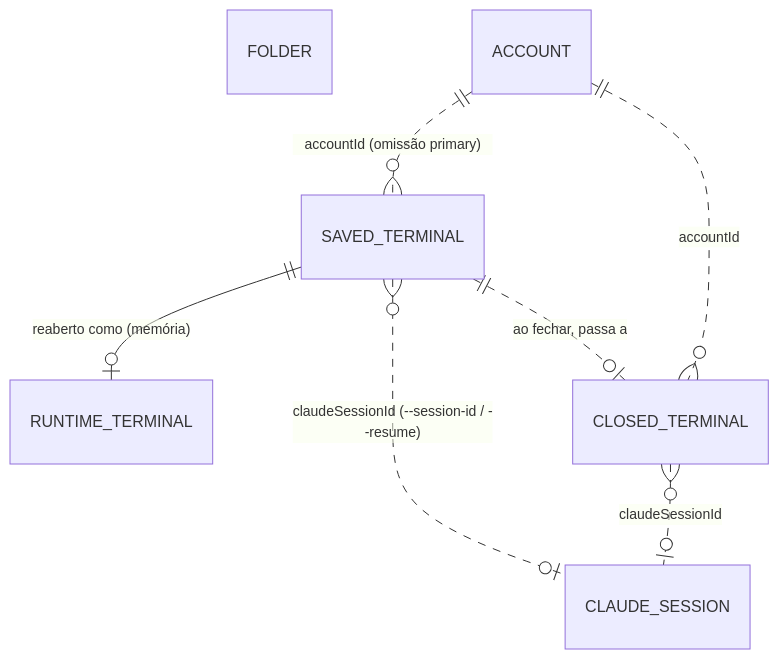
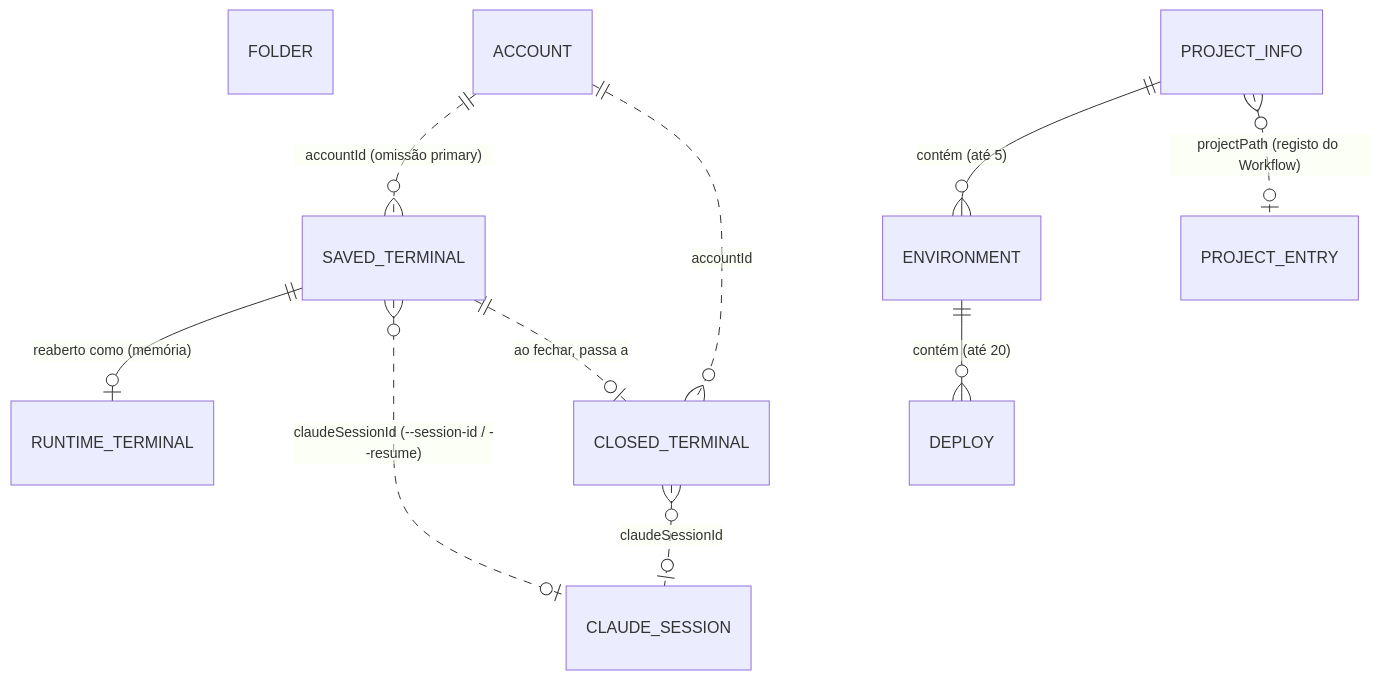
Before and after one commit to bino03/Workflow-App: the diagram in docs/database.md, drawn with Mermaid. The commit also changed other lines of this file and 11 other files, not shown here.

````diff
--- a/docs/database.md
+++ b/docs/database.md
@@ -64,10 +65,13 @@
 ```mermaid
 erDiagram
   SAVED_TERMINAL ||--o| RUNTIME_TERMINAL : "reaberto como (memória)"
   SAVED_TERMINAL }o..o| CLAUDE_SESSION : "claudeSessionId (--session-id / --resume)"
   CLOSED_TERMINAL }o..o| CLAUDE_SESSION : "claudeSessionId"
   SAVED_TERMINAL ||..o| CLOSED_TERMINAL : "ao fechar, passa a"
   FOLDER
   ACCOUNT ||..o{ SAVED_TERMINAL : "accountId (omissão primary)"
   ACCOUNT ||..o{ CLOSED_TERMINAL : "accountId"
+  PROJECT_INFO ||--o{ ENVIRONMENT : "contém (até 5)"
+  ENVIRONMENT ||--o{ DEPLOY : "contém (até 20)"
+  PROJECT_INFO }o..o| PROJECT_ENTRY : "projectPath (registo do Workflow)"
 ```
````
